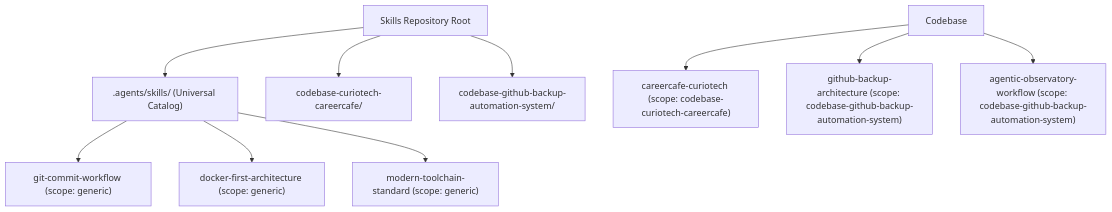
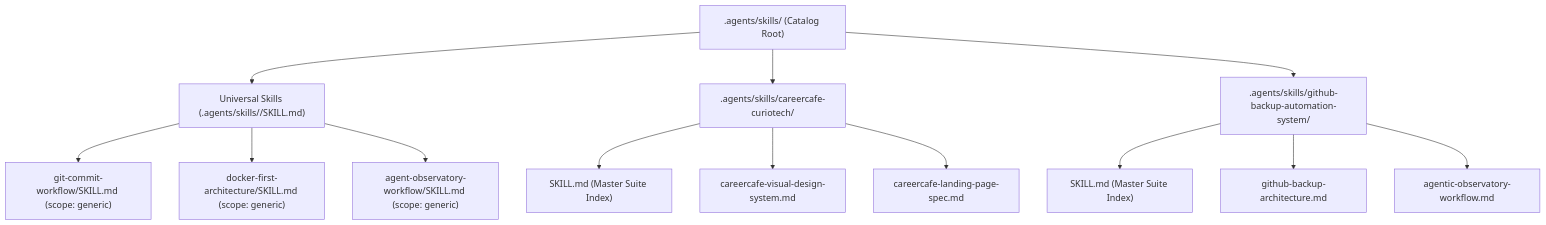
Before and after one commit to Career-Cafe/agent-skills-hub-sync-engine: the diagram in .agents/skills/skill-taxonomy-and-scope-governance/SKILL.md, drawn with Mermaid. The commit also changed other lines of this file and 6 other files, not shown here.

Commit message:
feat(skills): bundle github-backup skills into dedicated suite directory and update governance

````diff
--- a/.agents/skills/skill-taxonomy-and-scope-governance/SKILL.md
+++ b/.agents/skills/skill-taxonomy-and-scope-governance/SKILL.md
@@ -23,15 +23,19 @@
 ```mermaid
 flowchart TD
-    Catalog[Skills Repository Root]
-    Catalog --> Generic[".agents/skills/ (Universal Catalog)"]
-    Catalog --> Codebase1["codebase-curiotech-careercafe/"]
-    Catalog --> Codebase2["codebase-github-backup-automation-system/"]
+    Catalog[".agents/skills/ (Catalog Root)"]
+    Catalog --> Generic["Universal Skills (.agents/skills/<skill-name>/SKILL.md)"]
+    Catalog --> Codebase1[".agents/skills/careercafe-curiotech/"]
+    Catalog --> Codebase2[".agents/skills/github-backup-automation-system/"]
 
-    Generic --> G1["git-commit-workflow (scope: generic)"]
-    Generic --> G2["docker-first-architecture (scope: generic)"]
-    Generic --> G3["modern-toolchain-standard (scope: generic)"]
+    Generic --> G1["git-commit-workflow/SKILL.md (scope: generic)"]
+    Generic --> G2["docker-first-architecture/SKILL.md (scope: generic)"]
+    Generic --> G3["agent-observatory-workflow/SKILL.md (scope: generic)"]
 
-    Codebase --> C1["careercafe-curiotech (scope: codebase-curiotech-careercafe)"]
-    Codebase --> C2["github-backup-architecture (scope: codebase-github-backup-automation-system)"]
-    Codebase --> C3["agentic-observatory-workflow (scope: codebase-github-backup-automation-system)"]
+    Codebase1 --> C1["SKILL.md (Master Suite Index)"]
+    Codebase1 --> C2["careercafe-visual-design-system.md"]
+    Codebase1 --> C3["careercafe-landing-page-spec.md"]
+
+    Codebase2 --> B1["SKILL.md (Master Suite Index)"]
+    Codebase2 --> B2["github-backup-architecture.md"]
+    Codebase2 --> B3["agentic-observatory-workflow.md"]
 ```
````
